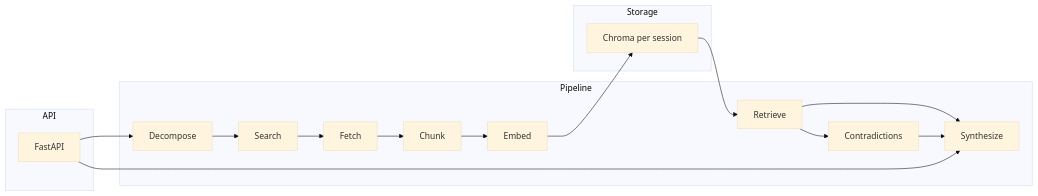
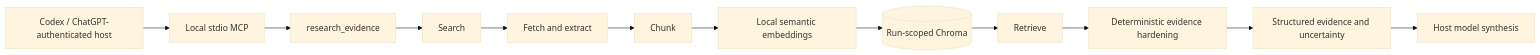
The diagram in docs/architecture.md (IckeNount/lumen), drawn with Mermaid (base theme) before and after one commit. The commit also changed other lines of this file and 2 other files, not shown here.

First line of the commit message:
docs: finalize MCP architecture

````diff
--- a/docs/architecture.md
+++ b/docs/architecture.md
@@ -7,24 +7,17 @@
 ```mermaid
 flowchart LR
-  subgraph api [API]
-    HTTP[FastAPI]
-  end
-  subgraph pipeline [Pipeline]
-    D[Decompose]
-    S[Search]
-    F[Fetch]
-    C[Chunk]
-    E[Embed]
-    R[Retrieve]
-    X[Contradictions]
-    Y[Synthesize]
-  end
-  subgraph store [Storage]
-    Ch[Chroma per session]
-  end
-  HTTP --> D --> S --> F --> C --> E --> Ch
-  Ch --> R --> X
-  R --> Y
-  X --> Y
-  HTTP --> Y
+  H[Codex / ChatGPT-authenticated host]
+  M[Local stdio MCP]
+  T[research_evidence]
+  S[Search]
+  F[Fetch and extract]
+  C[Chunk]
+  E[Local semantic embeddings]
+  DB[(Run-scoped Chroma)]
+  R[Retrieve]
+  D[Deterministic evidence hardening]
+  O[Structured evidence and uncertainty]
+  Y[Host model synthesis]
+
+  H --> M --> T --> S --> F --> C --> E --> DB --> R --> D --> O --> Y
 ```
````
